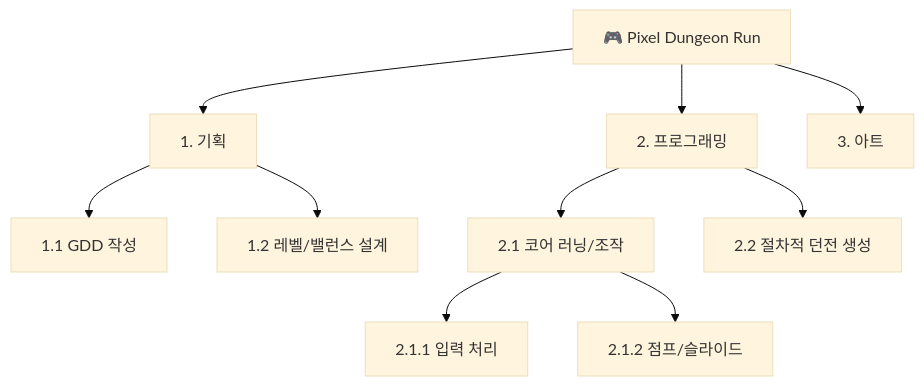
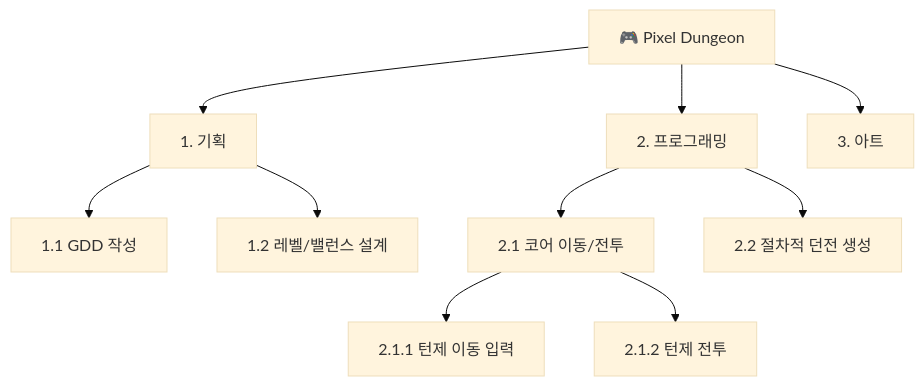
One commit to bbnotest/Smart4_PM changed the first of 3 diagrams in 00_Overview/01_PM_Concepts_to_Tools.md. Above: the diagram before and after it, drawn with Mermaid (base theme). The commit also changed other lines of this file and 36 other files, not shown here.

````diff
--- a/00_Overview/01_PM_Concepts_to_Tools.md
+++ b/00_Overview/01_PM_Concepts_to_Tools.md
@@ -48,13 +48,13 @@
 ```mermaid
 graph TD
-    P["🎮 Pixel Dungeon Run"]
+    P["🎮 Pixel Dungeon"]
     P --> A["1. 기획"]
     P --> B["2. 프로그래밍"]
     P --> C["3. 아트"]
     A --> A1["1.1 GDD 작성"]
     A --> A2["1.2 레벨/밸런스 설계"]
-    B --> B1["2.1 코어 러닝/조작"]
+    B --> B1["2.1 코어 이동/전투"]
     B --> B2["2.2 절차적 던전 생성"]
-    B1 --> B1a["2.1.1 입력 처리"]
-    B1 --> B1b["2.1.2 점프/슬라이드"]
+    B1 --> B1a["2.1.1 턴제 이동 입력"]
+    B1 --> B1b["2.1.2 턴제 전투"]
 ```
````
